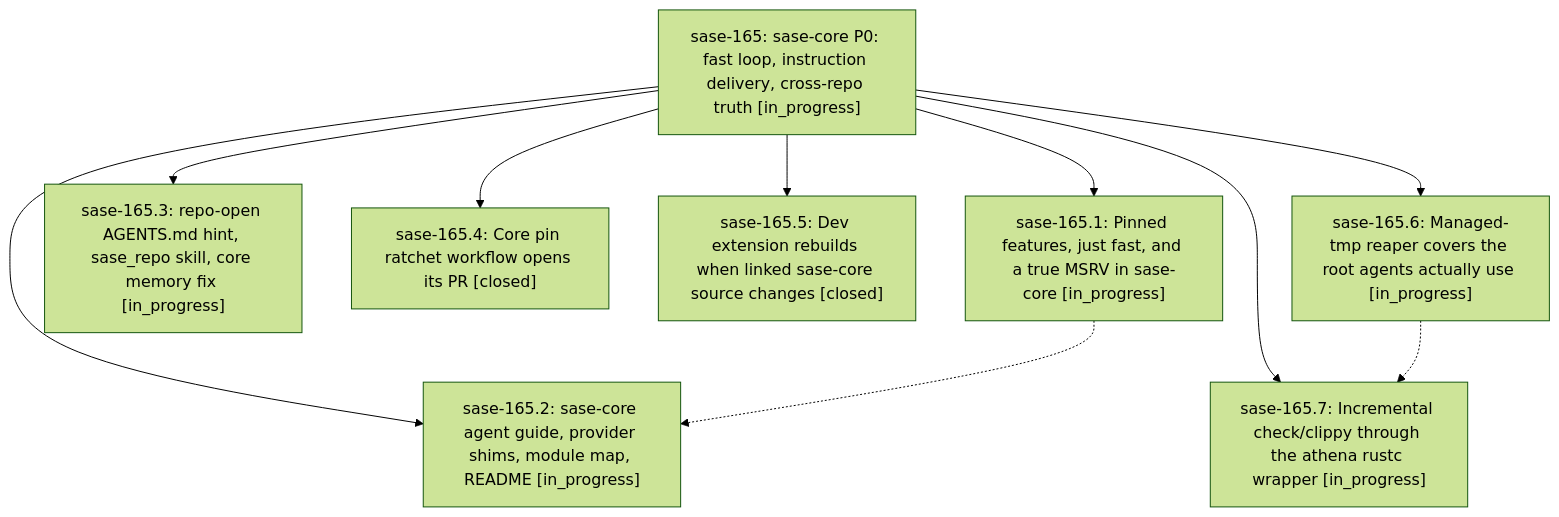
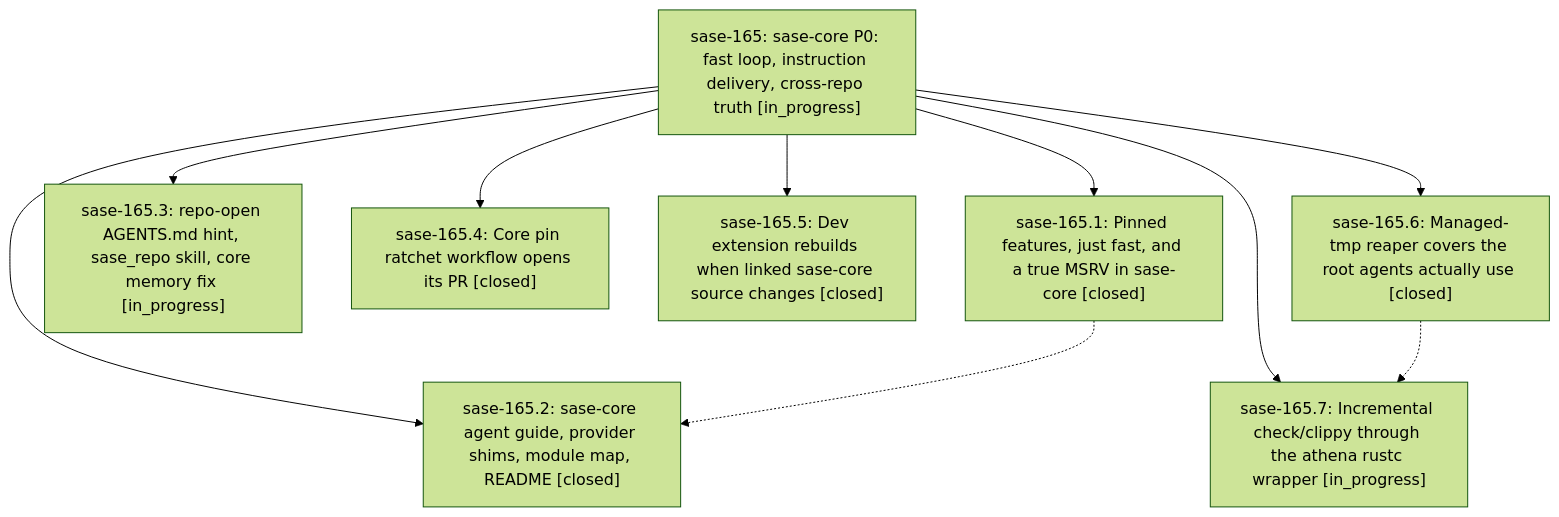
The diagram in pages/sase-165/README.md (sase-org/sase--beads), drawn with Mermaid (forest theme) before and after one commit. The commit also changed other lines of this file and 4 other files, not shown here.

````diff
--- a/pages/sase-165/README.md
+++ b/pages/sase-165/README.md
@@ -28,20 +28,20 @@
 ```mermaid
 flowchart TD
     n0["sase-165: sase-core P0: fast loop, instruction delivery, cross-repo truth [in_progress]"]
-    n1["sase-165.1: Pinned features, just fast, and a true MSRV in sase-core [in_progress]"]
-    n2["sase-165.2: sase-core agent guide, provider shims, module map, README [in_progress]"]
+    n1["sase-165.1: Pinned features, just fast, and a true MSRV in sase-core [closed]"]
+    n2["sase-165.2: sase-core agent guide, provider shims, module map, README [closed]"]
     n3["sase-165.3: repo-open AGENTS.md hint, sase_repo skill, core memory fix [in_progress]"]
     n4["sase-165.4: Core pin ratchet workflow opens its PR [closed]"]
     n5["sase-165.5: Dev extension rebuilds when linked sase-core source changes [closed]"]
-    n6["sase-165.6: Managed-tmp reaper covers the root agents actually use [in_progress]"]
+    n6["sase-165.6: Managed-tmp reaper covers the root agents actually use [closed]"]
     n7["sase-165.7: Incremental check/clippy through the athena rustc wrapper [in_progress]"]
     n0 --> n1
     n0 --> n2
     n0 --> n3
     n0 --> n4
     n0 --> n5
     n0 --> n6
     n0 --> n7
     n1 -.-> n2
     n6 -.-> n7
 ```
````
